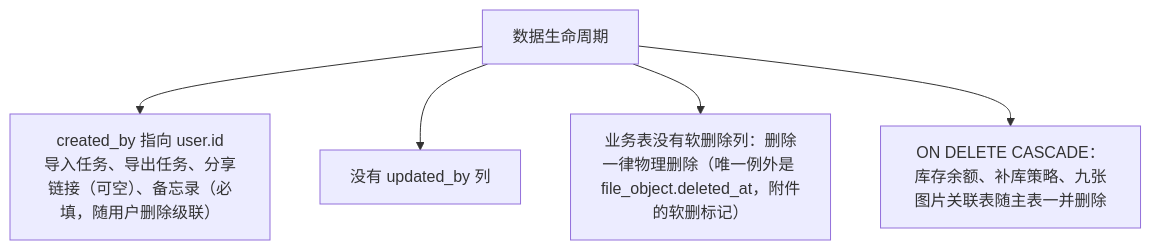
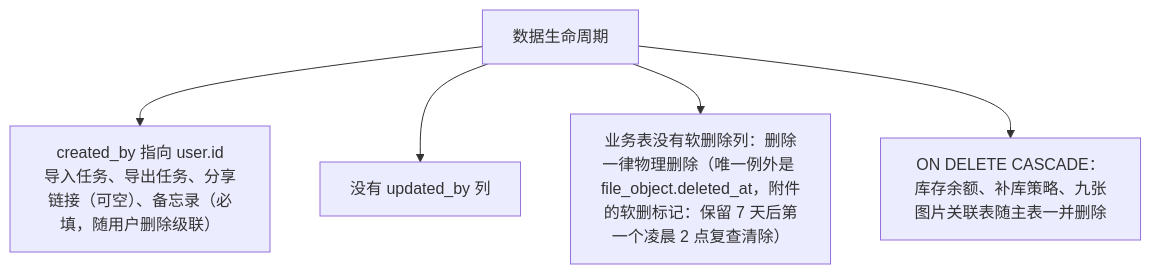
The fourth of 21 diagrams in docs/websites/pages/dev-data-model.md (Sakana-1314/Electrical-Manager), drawn with Mermaid before and after one commit. The commit also changed other lines of this file and 18 other files, not shown here.

````diff
--- a/docs/websites/pages/dev-data-model.md
+++ b/docs/websites/pages/dev-data-model.md
@@ -105,8 +105,8 @@
 ```mermaid
 flowchart TD
     R["数据生命周期"]
     R --> C["created_by 指向 user.id<br/>导入任务、导出任务、分享链接（可空）、备忘录（必填，随用户删除级联）"]
     R --> U["没有 updated_by 列"]
-    R --> S["业务表没有软删除列：删除一律物理删除（唯一例外是 file_object.deleted_at，附件的软删标记）"]
+    R --> S["业务表没有软删除列：删除一律物理删除（唯一例外是 file_object.deleted_at，附件的软删标记：保留 7 天后第一个凌晨 2 点复查清除）"]
     R --> D["ON DELETE CASCADE：库存余额、补库策略、九张图片关联表随主表一并删除"]
 ```
````
